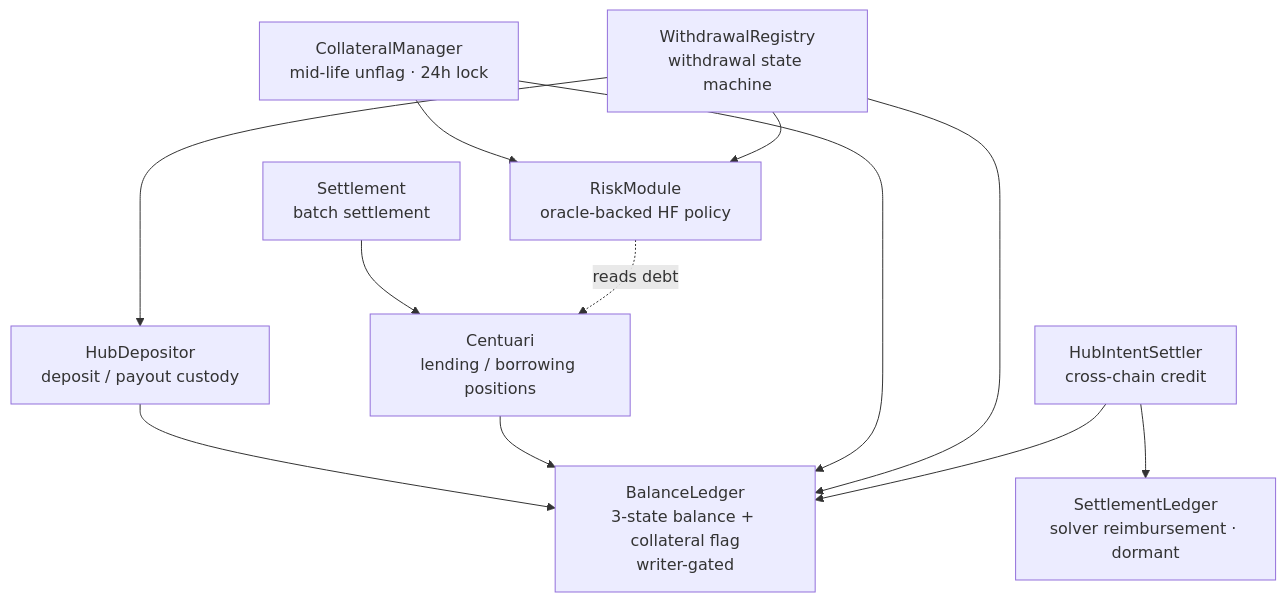
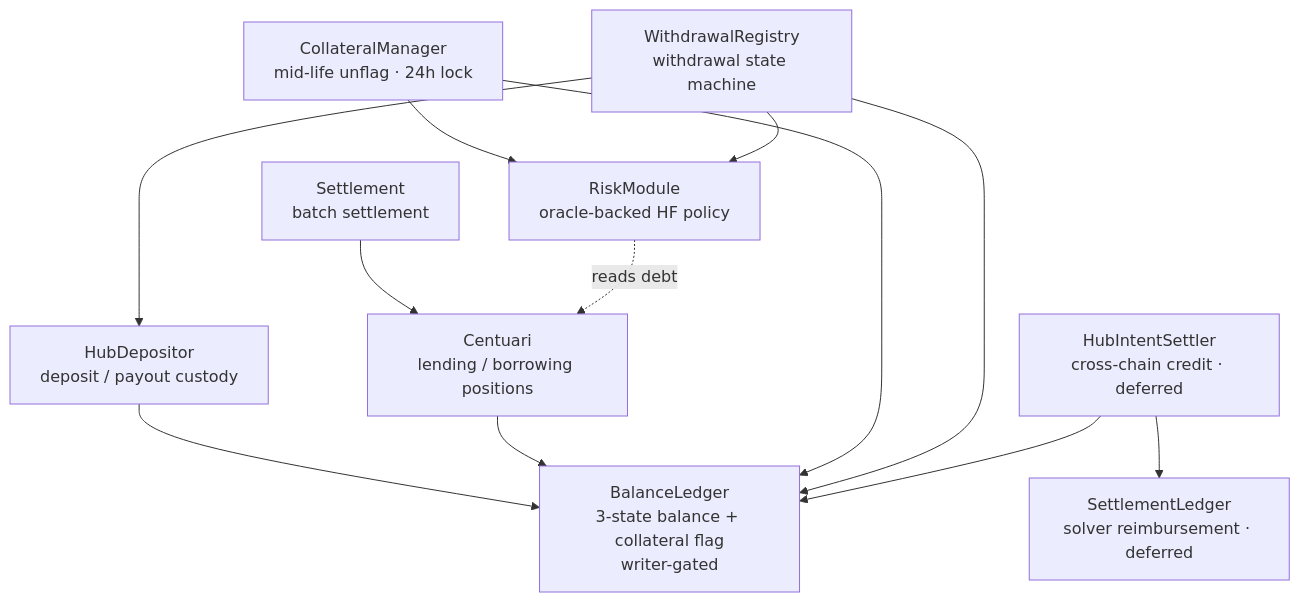
Before and after one commit to centuari-labs/smart-contract-revamp: the diagram in README.md, drawn with Mermaid. The commit also changed other lines of this file, not shown here.

````diff
--- a/README.md
+++ b/README.md
@@ -36,15 +36,15 @@
 ```mermaid
 flowchart TD
     BL[BalanceLedger<br/>3-state balance + collateral flag<br/>writer-gated]
     HD[HubDepositor<br/>deposit / payout custody] --> BL
     CENT[Centuari<br/>lending / borrowing positions] --> BL
     SETT[Settlement<br/>batch settlement] --> CENT
     CM[CollateralManager<br/>mid-life unflag · 24h lock] --> BL
     CM --> RM[RiskModule<br/>oracle-backed HF policy]
     WR[WithdrawalRegistry<br/>withdrawal state machine] --> RM
     WR --> HD
     WR --> BL
-    HIS[HubIntentSettler<br/>cross-chain credit] --> BL
-    HIS --> SL[SettlementLedger<br/>solver reimbursement · dormant]
+    HIS[HubIntentSettler<br/>cross-chain credit · deferred] --> BL
+    HIS --> SL[SettlementLedger<br/>solver reimbursement · deferred]
     RM -.reads debt.-> CENT
 ```
````
